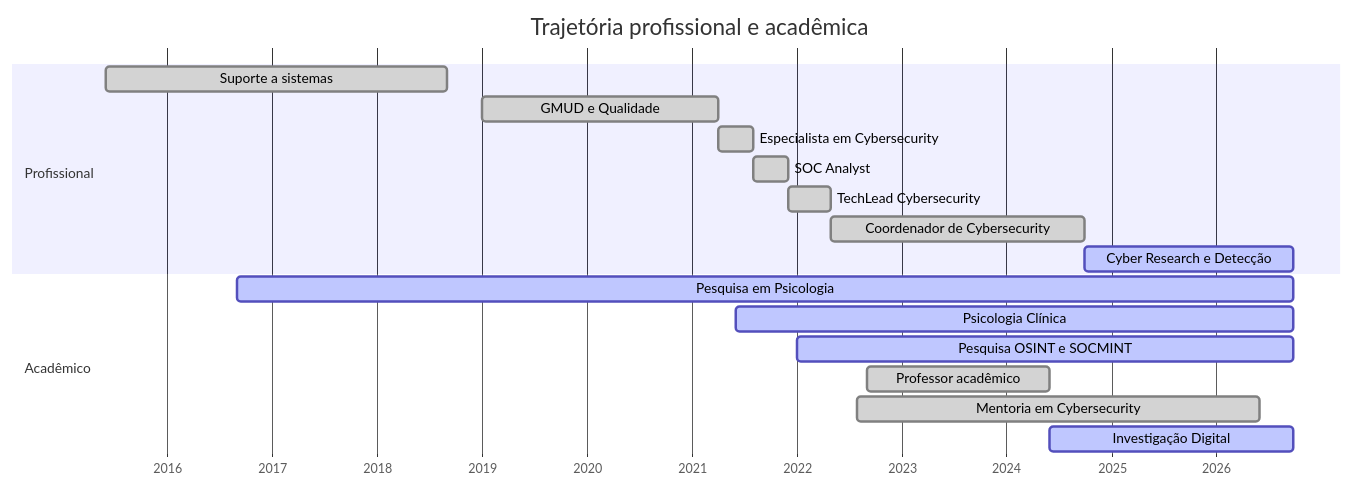
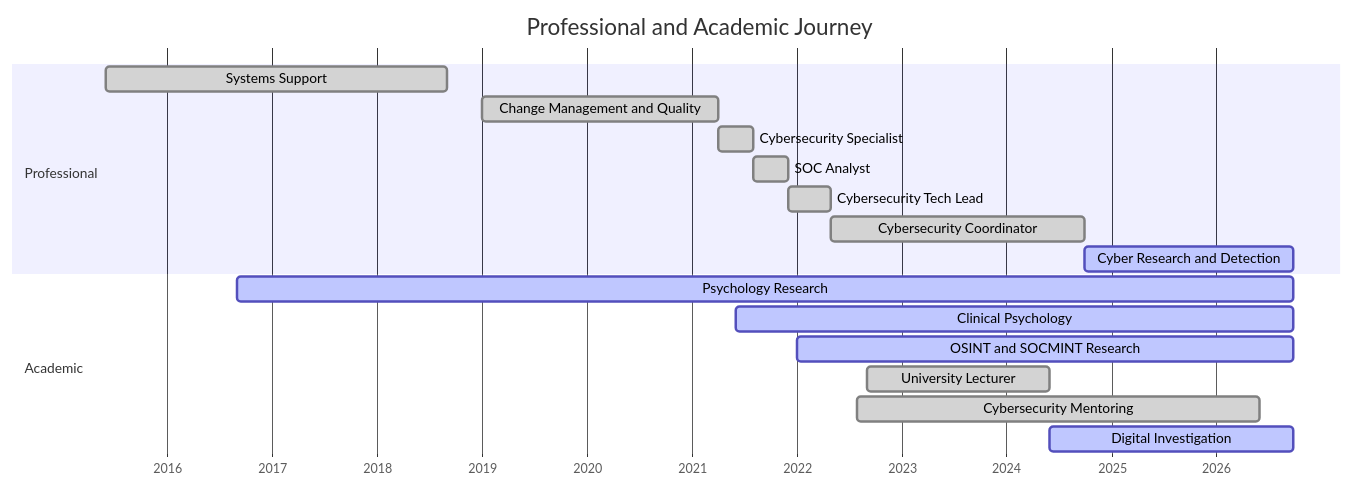
The diagram in README.md (Ridd1kulusC0d3r/Ridd1kulusC0d3r), drawn with Mermaid before and after one commit. The commit also changed other lines of this file, not shown here.

````diff
--- a/README.md
+++ b/README.md
@@ -221,21 +221,21 @@
 ```mermaid
 gantt
-    title Trajetória profissional e acadêmica
+    title Professional and Academic Journey
     dateFormat YYYY-MM-DD
     axisFormat %Y
-    section Profissional
-    Suporte a sistemas :done, 2015-06-01, 2018-09-01
-    GMUD e Qualidade :done, 2019-01-01, 2021-04-01
-    Especialista em Cybersecurity :done, 2021-04-01, 2021-08-01
+    section Professional
+    Systems Support :done, 2015-06-01, 2018-09-01
+    Change Management and Quality :done, 2019-01-01, 2021-04-01
+    Cybersecurity Specialist :done, 2021-04-01, 2021-08-01
     SOC Analyst :done, 2021-08-01, 2021-12-01
-    TechLead Cybersecurity :done, 2021-12-01, 2022-05-01
-    Coordenador de Cybersecurity :done, 2022-05-01, 2024-10-01
-    Cyber Research e Detecção :active, 2024-10-01, 2026-09-26
-    section Acadêmico
-    Pesquisa em Psicologia :active, 2016-09-01, 2026-09-26
-    Psicologia Clínica :active, 2021-06-01, 2026-09-26
-    Pesquisa OSINT e SOCMINT :active, 2022-01-01, 2026-09-26
-    Professor acadêmico :done, 2022-09-01, 2024-06-01
-    Mentoria em Cybersecurity :done, 2022-08-01, 2026-06-01
-    Investigação Digital :active, 2024-06-01, 2026-09-26
+    Cybersecurity Tech Lead :done, 2021-12-01, 2022-05-01
+    Cybersecurity Coordinator :done, 2022-05-01, 2024-10-01
+    Cyber Research and Detection :active, 2024-10-01, 2026-09-26
+    section Academic
+    Psychology Research :active, 2016-09-01, 2026-09-26
+    Clinical Psychology :active, 2021-06-01, 2026-09-26
+    OSINT and SOCMINT Research :active, 2022-01-01, 2026-09-26
+    University Lecturer :done, 2022-09-01, 2024-06-01
+    Cybersecurity Mentoring :done, 2022-08-01, 2026-06-01
+    Digital Investigation :active, 2024-06-01, 2026-09-26
 ```
````
